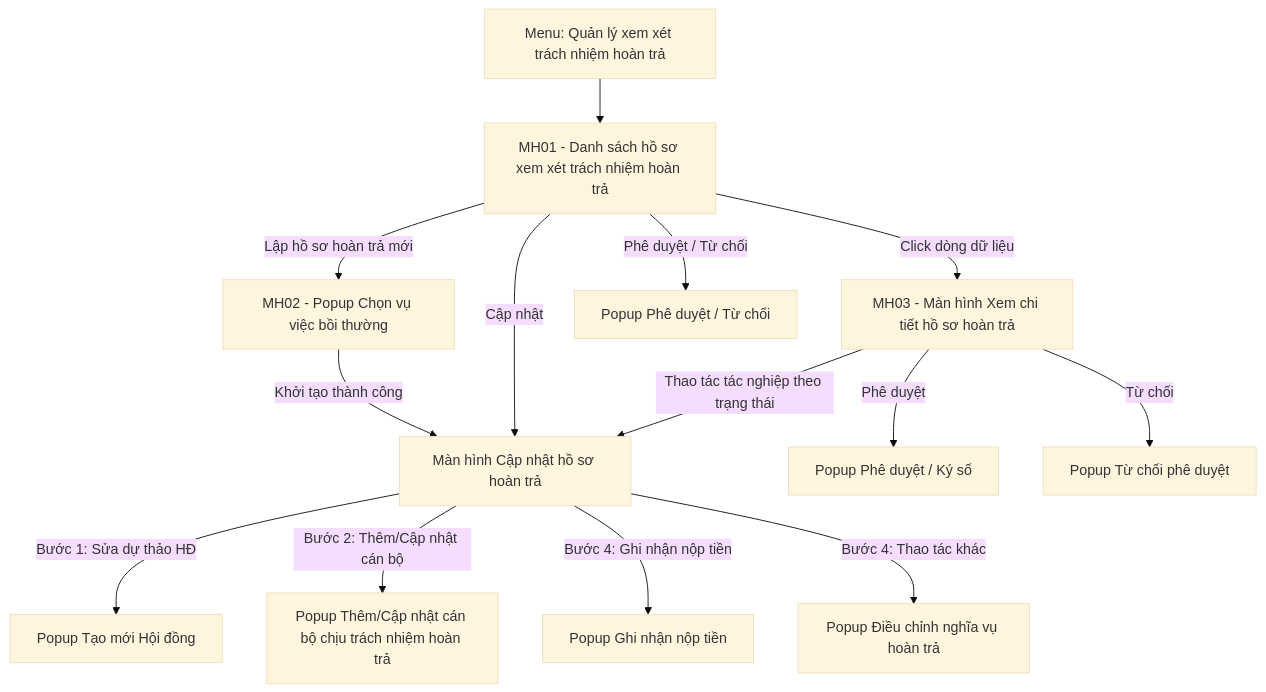
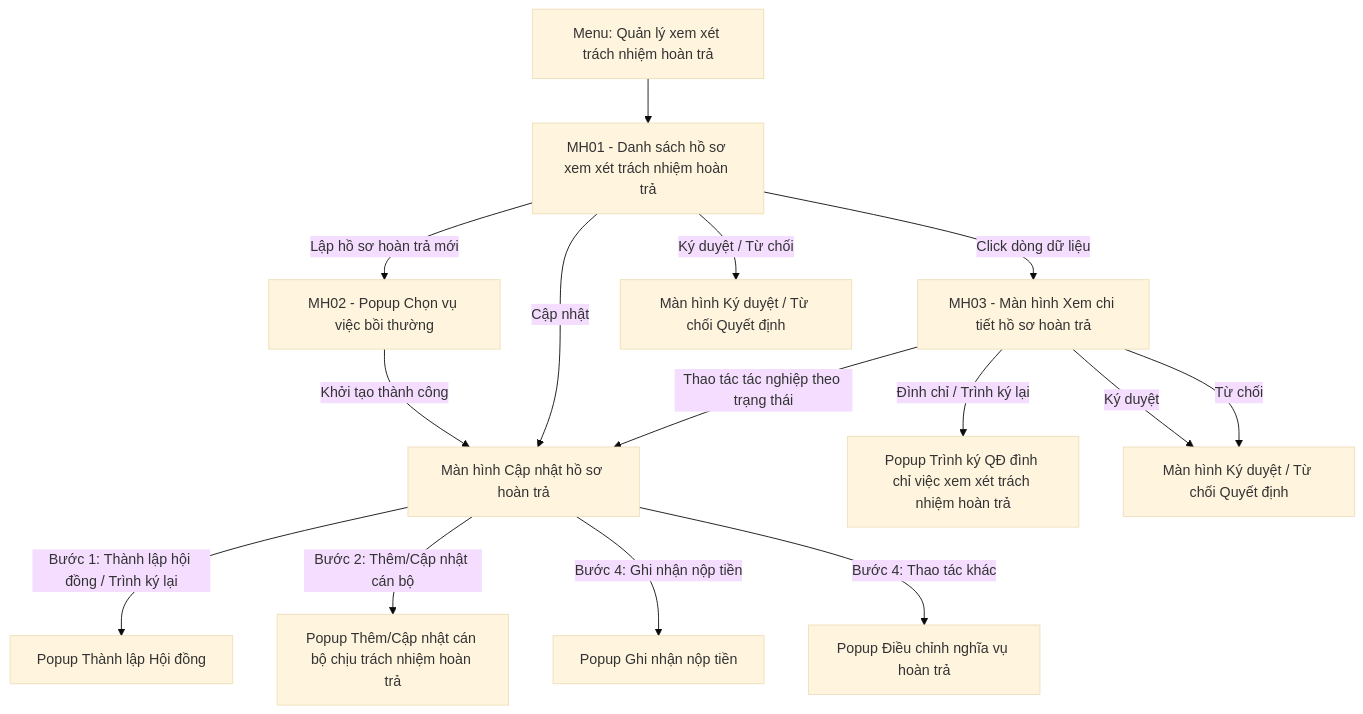
Before and after one commit to huyendt2007/BPBD_UI: the diagram in Tai_lieu_SRS/03_Website_Quan_tri/03_Cong_tac_boi_thuong/SRS_BTNN_GiaiQuyetBT_Xem xét Hoàn trả.md, drawn with Mermaid (base theme). The commit also changed other lines of this file and 142 other files, not shown here.

````diff
--- a/Tai_lieu_SRS/03_Website_Quan_tri/03_Cong_tac_boi_thuong/SRS_BTNN_GiaiQuyetBT_Xem xét Hoàn trả.md
+++ b/Tai_lieu_SRS/03_Website_Quan_tri/03_Cong_tac_boi_thuong/SRS_BTNN_GiaiQuyetBT_Xem xét Hoàn trả.md
@@ -55,16 +71,17 @@
 ```mermaid
 flowchart TD
     A["Menu: Quản lý xem xét trách nhiệm hoàn trả"] --> B["MH01 - Danh sách hồ sơ xem xét trách nhiệm hoàn trả"]
     B -->|Lập hồ sơ hoàn trả mới| C["MH02 - Popup Chọn vụ việc bồi thường"]
     C -->|Khởi tạo thành công| D["Màn hình Cập nhật hồ sơ hoàn trả"]
     B -->|Click dòng dữ liệu| E["MH03 - Màn hình Xem chi tiết hồ sơ hoàn trả"]
     B -->|Cập nhật| D
-    B -->|Phê duyệt / Từ chối| J["Popup Phê duyệt / Từ chối"]
-    D -->|Bước 1: Sửa dự thảo HĐ| F["Popup Tạo mới Hội đồng"]
+    B -->|Ký duyệt / Từ chối| J["Màn hình Ký duyệt / Từ chối Quyết định"]
+    D -->|Bước 1: Thành lập hội đồng / Trình ký lại| F["Popup Thành lập Hội đồng"]
     D -->|Bước 2: Thêm/Cập nhật cán bộ| G["Popup Thêm/Cập nhật cán bộ chịu trách nhiệm hoàn trả"]
     D -->|Bước 4: Ghi nhận nộp tiền| H["Popup Ghi nhận nộp tiền"]
     D -->|Bước 4: Thao tác khác| I["Popup Điều chỉnh nghĩa vụ hoàn trả"]
     E -->|Thao tác tác nghiệp theo trạng thái| D
-    E -->|Phê duyệt| J1["Popup Phê duyệt / Ký số"]
-    E -->|Từ chối| J2["Popup Từ chối phê duyệt"]
+    E -->|Đình chỉ / Trình ký lại| K["Popup Trình ký QĐ đình chỉ việc xem xét trách nhiệm hoàn trả"]
+    E -->|Ký duyệt| J1["Màn hình Ký duyệt / Từ chối Quyết định"]
+    E -->|Từ chối| J1
 ```
````
